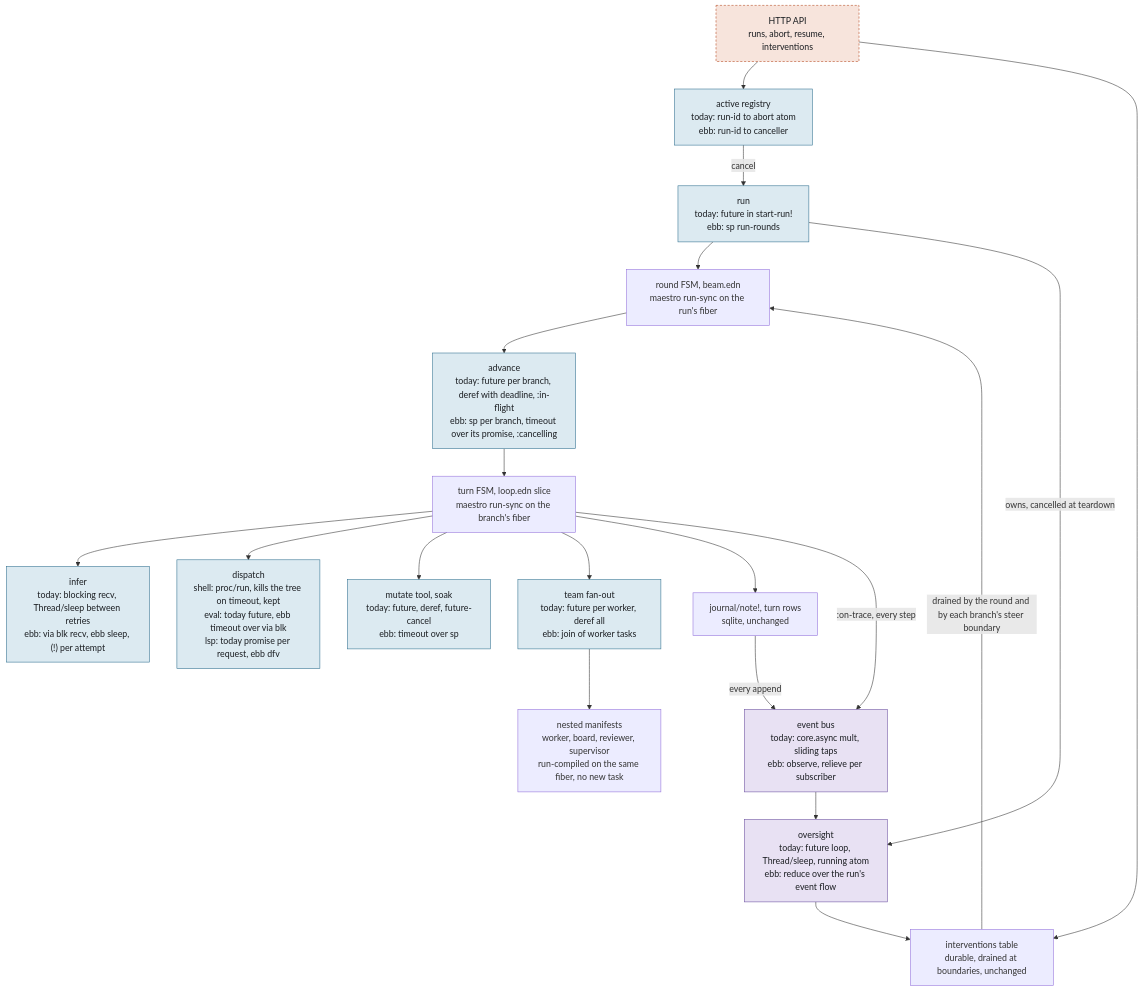
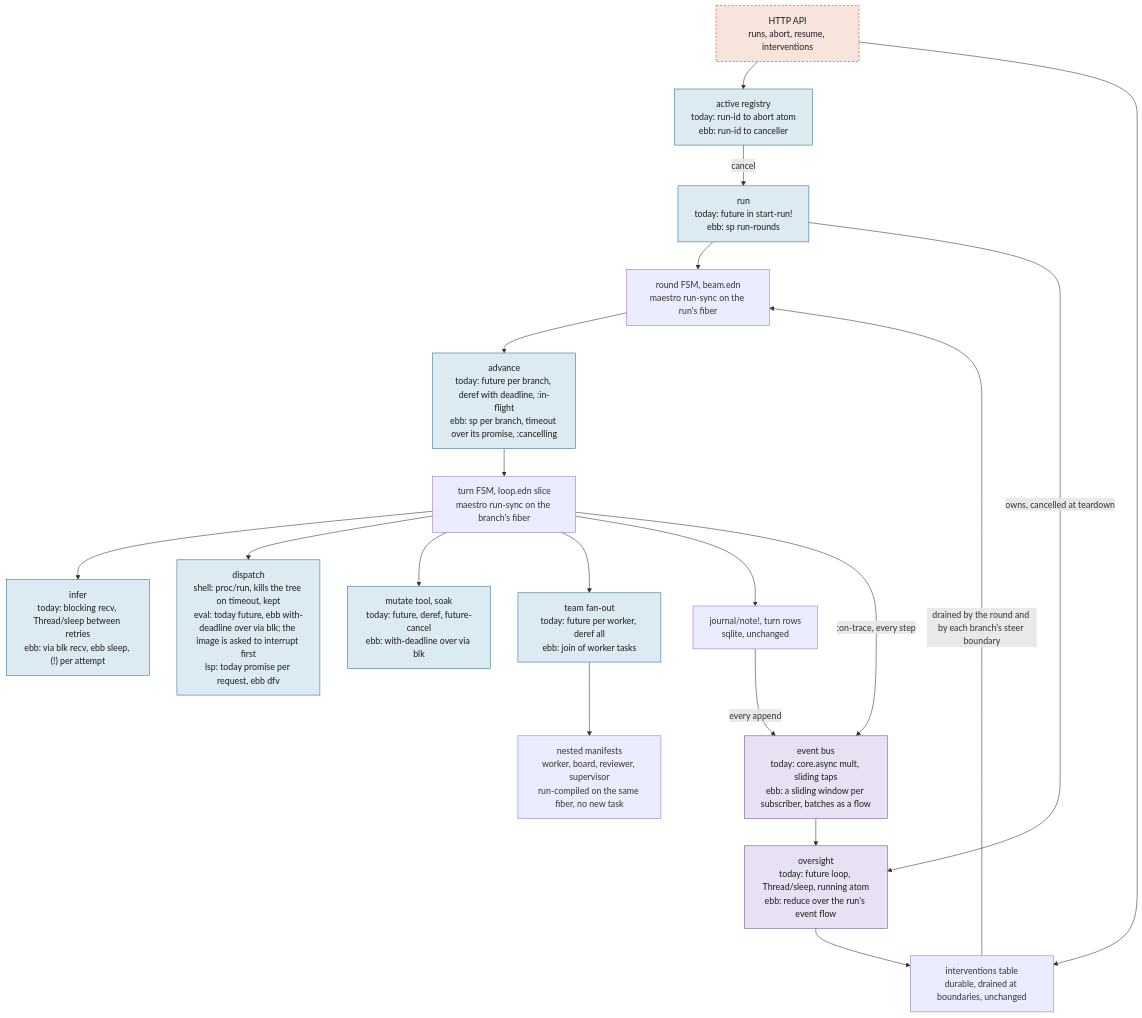
Before and after one commit to yogthos/samizdat: the second of 7 diagrams in docs/RFCS/RFC-013-cancellation.md, drawn with Mermaid. The commit also changed other lines of this file and 49 other files, not shown here.

````diff
--- a/docs/RFCS/RFC-013-cancellation.md
+++ b/docs/RFCS/RFC-013-cancellation.md
@@ -113,41 +119,41 @@
 ```mermaid
 flowchart TD
     API["HTTP API<br/>runs, abort, resume, interventions"]:::ext
     ACT["active registry<br/>today: run-id to abort atom<br/>ebb: run-id to canceller"]:::task
     RUN["run<br/>today: future in start-run!<br/>ebb: sp run-rounds"]:::task
     RND["round FSM, beam.edn<br/>maestro run-sync on the run's fiber"]
     OVS["oversight<br/>today: future loop, Thread/sleep, running atom<br/>ebb: reduce over the run's event flow"]:::flow
     ADV["advance<br/>today: future per branch, deref with deadline, :in-flight<br/>ebb: sp per branch, timeout over its promise, :cancelling"]:::task
     TRN["turn FSM, loop.edn slice<br/>maestro run-sync on the branch's fiber"]
     INF["infer<br/>today: blocking recv, Thread/sleep between retries<br/>ebb: via blk recv, ebb sleep, (!) per attempt"]:::task
-    DSP["dispatch<br/>shell: proc/run, kills the tree on timeout, kept<br/>eval: today future, ebb timeout over via blk<br/>lsp: today promise per request, ebb dfv"]:::task
-    MUT["mutate tool, soak<br/>today: future, deref, future-cancel<br/>ebb: timeout over sp"]:::task
+    DSP["dispatch<br/>shell: proc/run, kills the tree on timeout, kept<br/>eval: today future, ebb with-deadline over via blk; the image is asked to interrupt first<br/>lsp: today promise per request, ebb dfv"]:::task
+    MUT["mutate tool, soak<br/>today: future, deref, future-cancel<br/>ebb: with-deadline over via blk"]:::task
     FAN["team fan-out<br/>today: future per worker, deref all<br/>ebb: join of worker tasks"]:::task
     SUB["nested manifests<br/>worker, board, reviewer, supervisor<br/>run-compiled on the same fiber, no new task"]
     JRN["journal/note!, turn rows<br/>sqlite, unchanged"]
-    BUS["event bus<br/>today: core.async mult, sliding taps<br/>ebb: observe, relieve per subscriber"]:::flow
+    BUS["event bus<br/>today: core.async mult, sliding taps<br/>ebb: a sliding window per subscriber, batches as a flow"]:::flow
     INT["interventions table<br/>durable, drained at boundaries, unchanged"]
 
     API --> ACT
     ACT -- "cancel" --> RUN
     RUN --> RND
     RUN -- "owns, cancelled at teardown" --> OVS
     RND --> ADV
     ADV --> TRN
     TRN --> INF
     TRN --> DSP
     TRN --> MUT
     TRN --> FAN
     FAN --> SUB
     TRN --> JRN
     JRN -- "every append" --> BUS
     TRN -- ":on-trace, every step" --> BUS
     BUS --> OVS
     OVS --> INT
     API --> INT
     INT -- "drained by the round and by each branch's steer boundary" --> RND
 
     classDef task fill:#DCEAF1,stroke:#2F6F8F,color:#1A1D21
     classDef flow fill:#E8E1F3,stroke:#6B4FA0,color:#1A1D21
     classDef ext fill:#F7E4DC,stroke:#B5451B,color:#1A1D21,stroke-dasharray:4 3
 ```
````
